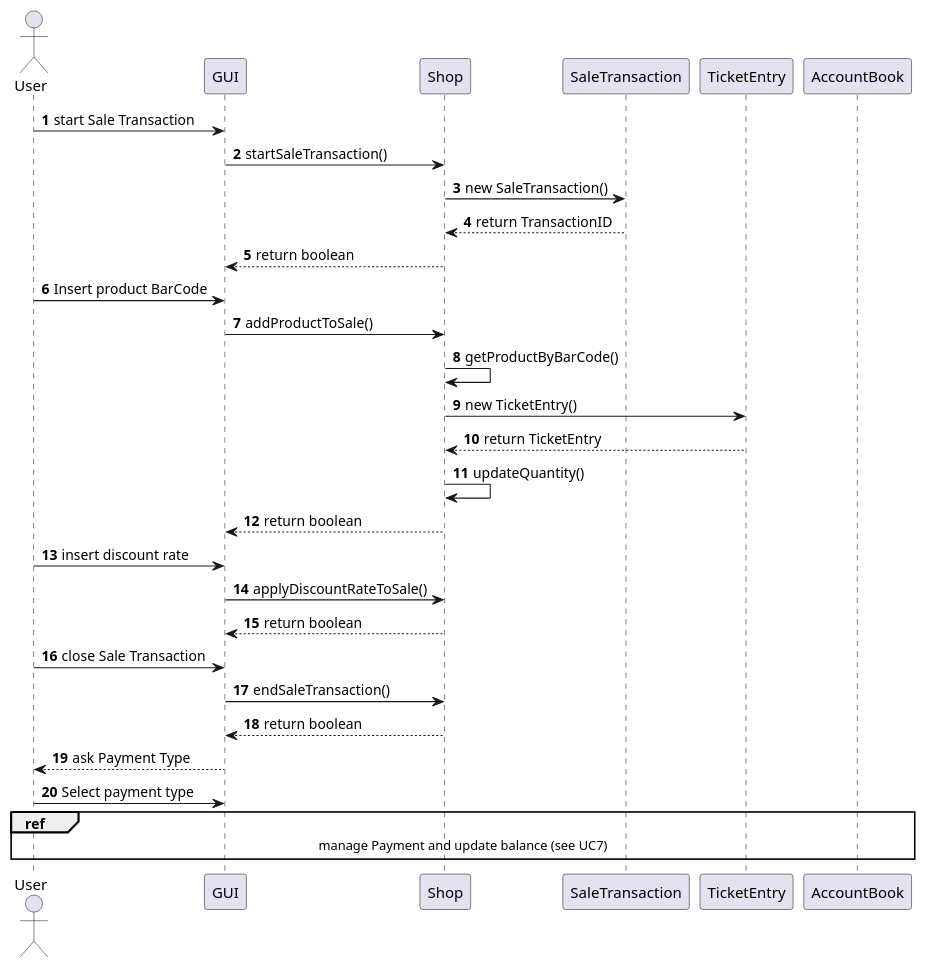
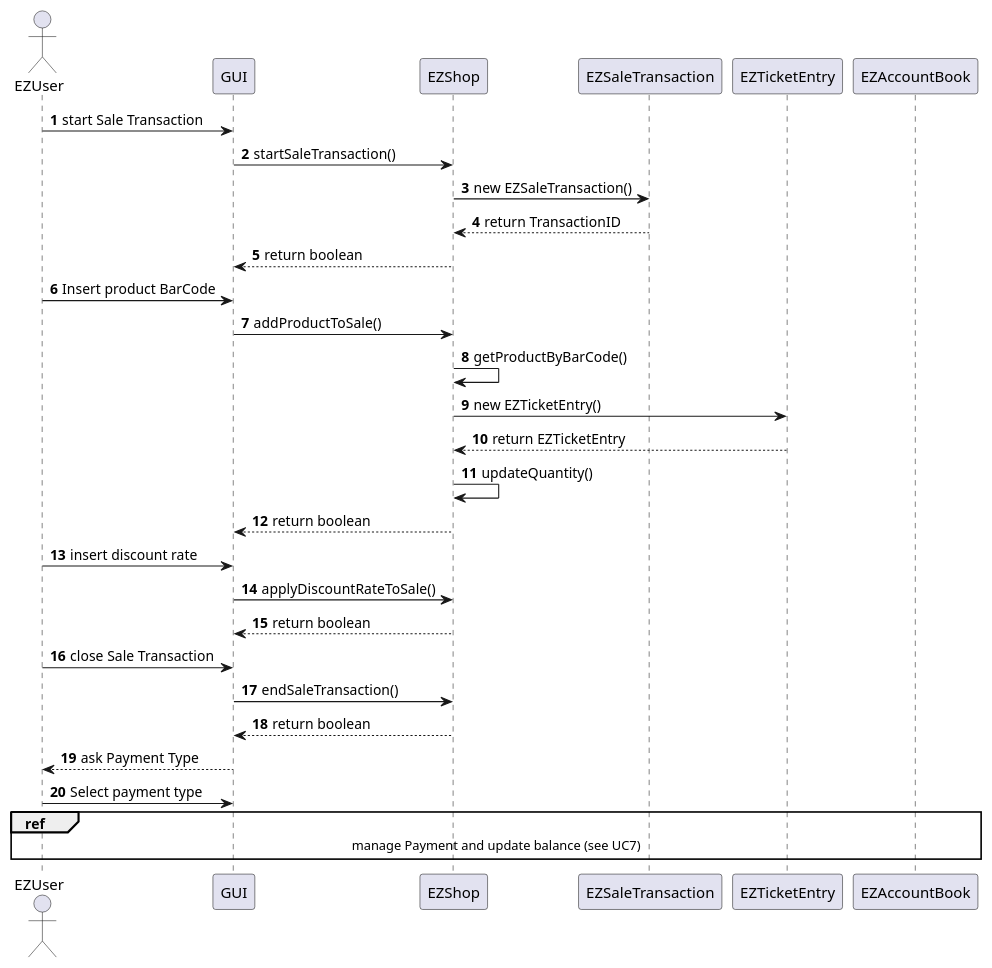
One commit to Stormz4/group20-EzShop changed diagram 18 of 24 in Deliverables/DesignDocument.md. Above: the diagram before and after it, drawn with PlantUML. The commit also changed other lines of this file and 3 other files, not shown here.

````diff
--- a/Deliverables/DesignDocument.md
+++ b/Deliverables/DesignDocument.md
@@ -656,29 +653,29 @@
 ```plantuml
 @startuml
-Actor User
+Actor EZUser
 autonumber
-User -> GUI: start Sale Transaction
-GUI -> Shop: startSaleTransaction()
-Shop -> SaleTransaction: new SaleTransaction()
-SaleTransaction --> Shop: return TransactionID
-Shop --> GUI: return boolean
-User -> GUI: Insert product BarCode
-GUI -> Shop: addProductToSale()
-Shop -> Shop: getProductByBarCode()
-Shop -> TicketEntry: new TicketEntry()
-TicketEntry --> Shop: return TicketEntry
-Shop -> Shop : updateQuantity()
-Shop --> GUI: return boolean
-User -> GUI: insert discount rate
-GUI -> Shop: applyDiscountRateToSale()
-Shop --> GUI: return boolean
-User -> GUI: close Sale Transaction
-GUI -> Shop: endSaleTransaction()
-Shop --> GUI: return boolean
-GUI --> User: ask Payment Type
-User -> GUI: Select payment type
-ref over GUI, User, Shop, AccountBook
+EZUser -> GUI: start Sale Transaction
+GUI -> EZShop: startSaleTransaction()
+EZShop -> EZSaleTransaction: new EZSaleTransaction()
+EZSaleTransaction --> EZShop: return TransactionID
+EZShop --> GUI: return boolean
+EZUser -> GUI: Insert product BarCode
+GUI -> EZShop: addProductToSale()
+EZShop -> EZShop: getProductByBarCode()
+EZShop -> EZTicketEntry: new EZTicketEntry()
+EZTicketEntry --> EZShop: return EZTicketEntry
+EZShop -> EZShop : updateQuantity()
+EZShop --> GUI: return boolean
+EZUser -> GUI: insert discount rate
+GUI -> EZShop: applyDiscountRateToSale()
+EZShop --> GUI: return boolean
+EZUser -> GUI: close Sale Transaction
+GUI -> EZShop: endSaleTransaction()
+EZShop --> GUI: return boolean
+GUI --> EZUser: ask Payment Type
+EZUser -> GUI: Select payment type
+ref over GUI, EZUser, EZShop, EZAccountBook
  manage Payment and update balance (see UC7)
 end ref
 @enduml
 ```
````
